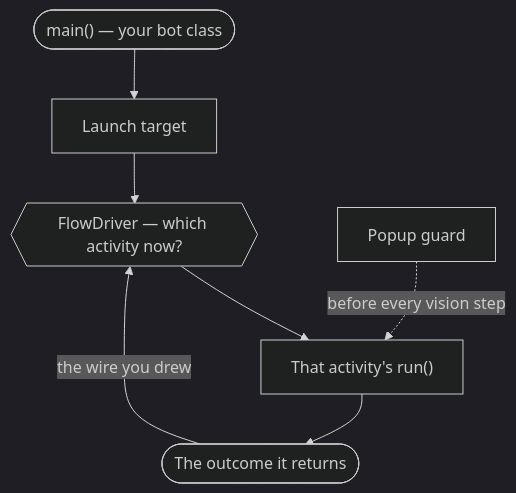
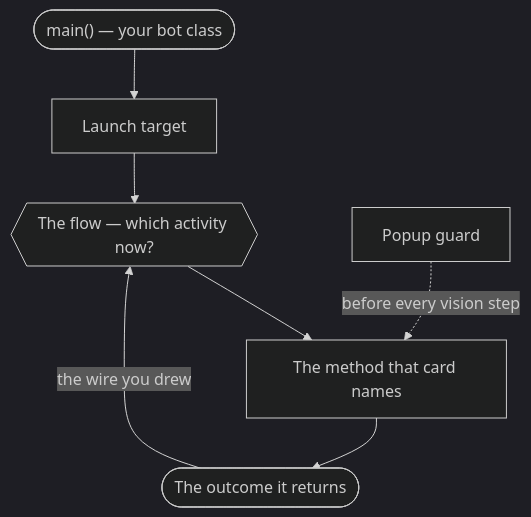
The diagram in WORKFLOW.md (BotMakerDev/botmaker-studio), drawn with Mermaid (dark theme) before and after one commit. The commit also changed other lines of this file and 3 other files, not shown here.

````diff
--- a/WORKFLOW.md
+++ b/WORKFLOW.md
@@ -12,15 +12,15 @@
 ```mermaid
 flowchart TD
     start(["main() — your bot class"])
     launch["Launch target"]
-    driver{{"FlowDriver — which activity now?"}}
-    run["That activity's run()"]
+    driver{{"The flow — which activity now?"}}
+    run["The method that card names"]
     outcome(["The outcome it returns"])
     start --> launch
     launch --> driver
     driver --> run
     run --> outcome
     outcome -- "the wire you drew" --> driver
     guard["Popup guard"]
     guard -. "before every vision step" .-> run
 ```
````
